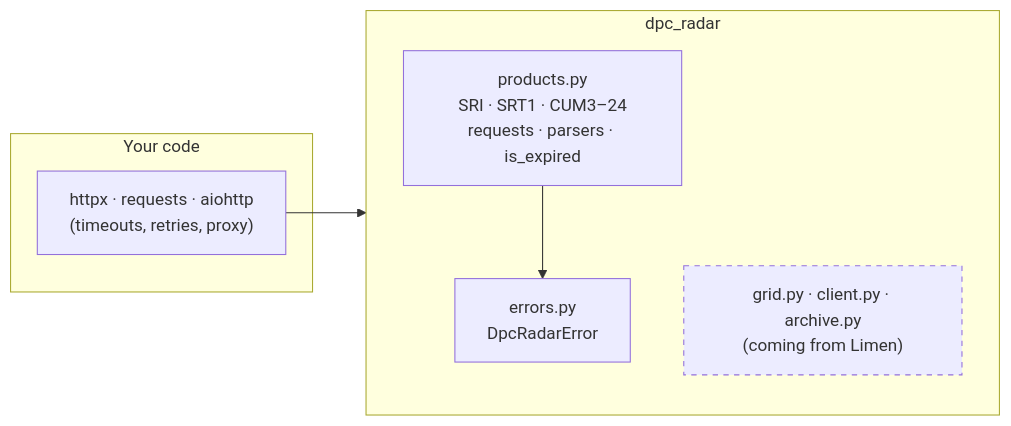
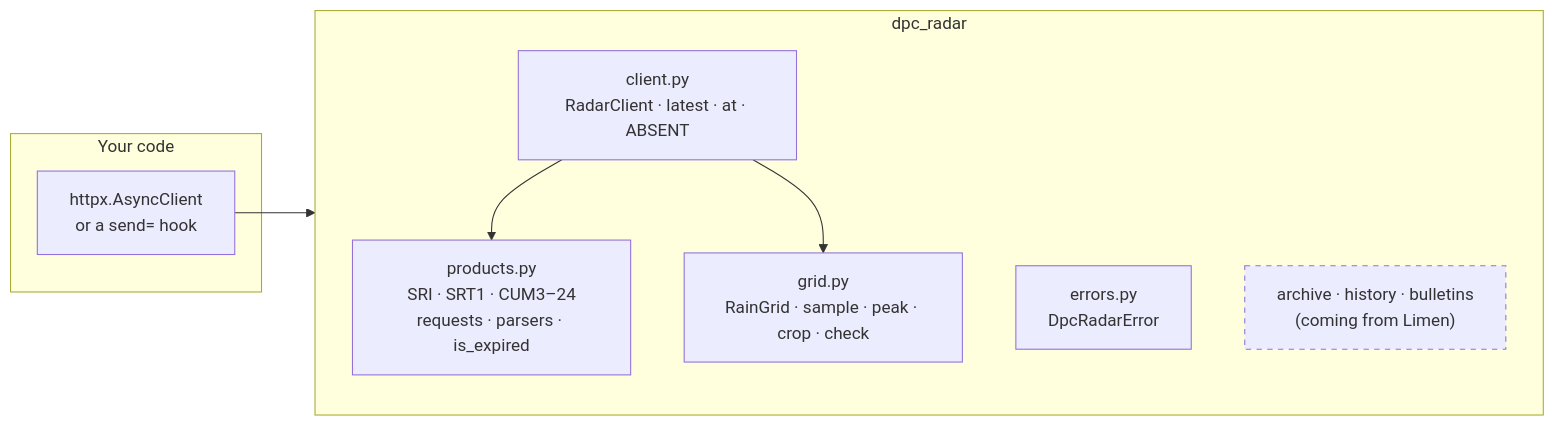
The fourth of 5 diagrams in README.md (LBCron/dpc-radar), drawn with Mermaid before and after one commit. The commit also changed other lines of this file and 20 other files, not shown here.

First line of the commit message:
feat: grid and client, extracted from Limen

````diff
--- a/README.md
+++ b/README.md
@@ -285,15 +298,18 @@
 ```mermaid
 flowchart LR
     subgraph yours["Your code"]
-        H["httpx · requests · aiohttp<br/>(timeouts, retries, proxy)"]
+        H["httpx.AsyncClient<br/>or a send= hook"]
     end
     subgraph lib["dpc_radar"]
         direction TB
+        CL["client.py<br/>RadarClient · latest · at · ABSENT"]
         PR["products.py<br/>SRI · SRT1 · CUM3–24<br/>requests · parsers · is_expired"]
+        GR["grid.py<br/>RainGrid · sample · peak · crop · check"]
         ER["errors.py<br/>DpcRadarError"]
-        GR["grid.py · client.py · archive.py<br/>(coming from Limen)"]:::next
+        NX["archive · history · bulletins<br/>(coming from Limen)"]:::next
     end
-    H --> PR
-    PR --> ER
+    H --> CL
+    CL --> PR
+    CL --> GR
     classDef next stroke-dasharray: 5 5
 ```
````
